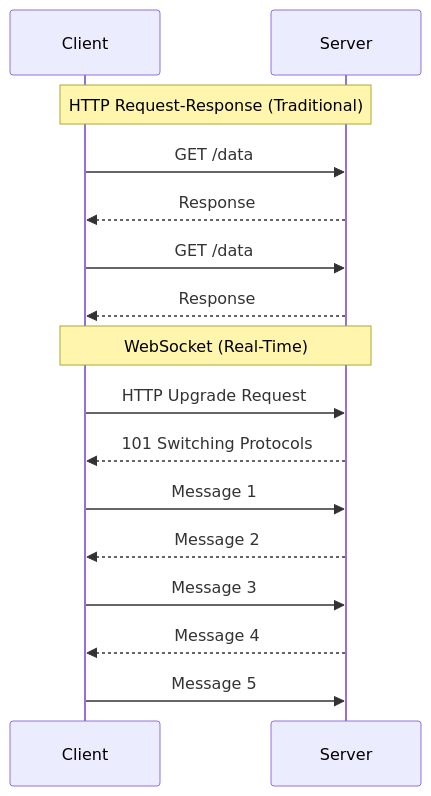
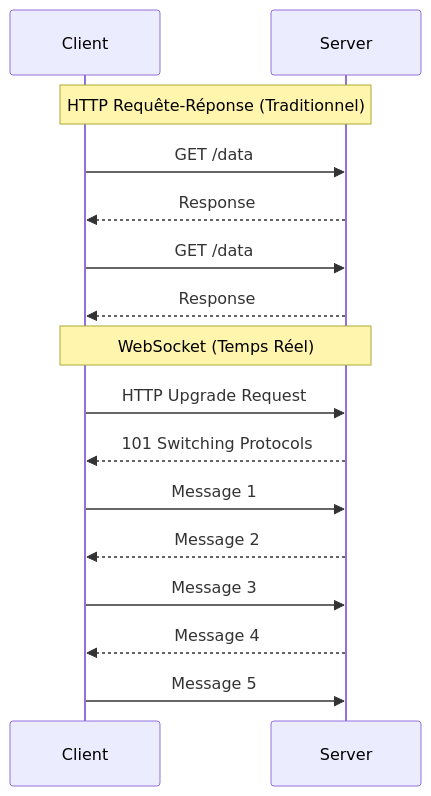
The first of 3 diagrams in src/real-time/08-websockets.md (dardourimohamed/distributed-systems-course), drawn with Mermaid before and after one commit. The commit also changed other lines of this file and 38 other files, not shown here.

````diff
--- a/src/real-time/08-websockets.md
+++ b/src/real-time/08-websockets.md
@@ -18,20 +18,20 @@
 ```mermaid
 sequenceDiagram
     participant Client
     participant Server
 
-    Note over Client,Server: HTTP Request-Response (Traditional)
+    Note over Client,Server: HTTP Requête-Réponse (Traditionnel)
     Client->>Server: GET /data
     Server-->>Client: Response
     Client->>Server: GET /data
     Server-->>Client: Response
 
-    Note over Client,Server: WebSocket (Real-Time)
+    Note over Client,Server: WebSocket (Temps Réel)
     Client->>Server: HTTP Upgrade Request
     Server-->>Client: 101 Switching Protocols
     Client->>Server: Message 1
     Server-->>Client: Message 2
     Client->>Server: Message 3
     Server-->>Client: Message 4
     Client->>Server: Message 5
 ```
````
